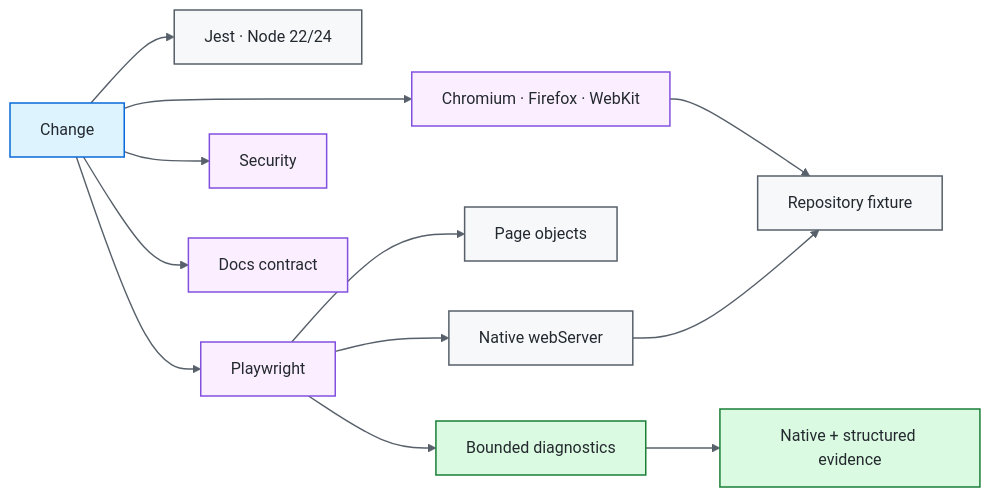
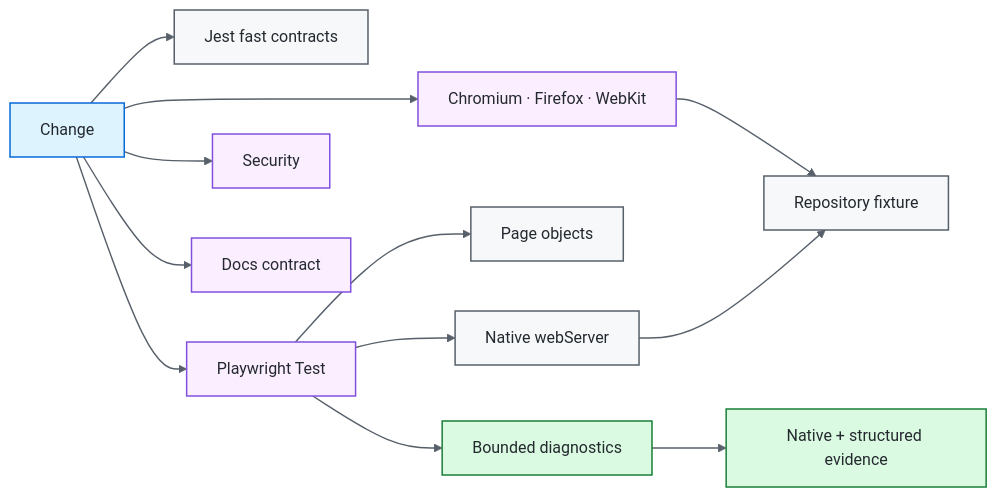
Before and after one commit to portyu9/qa-automation-node-playwright: the diagram in README.md, drawn with Mermaid. The commit also changed other lines of this file, not shown here.

Commit message:
Polish Playwright framework README

````diff
--- a/README.md
+++ b/README.md
@@ -38,24 +41,24 @@
 ```mermaid
 flowchart LR
-    CHANGE[Change] --> FAST[Jest · Node 22/24]
-    CHANGE --> PW[Playwright]
+    CHANGE[Change] --> JEST[Jest fast contracts]
+    CHANGE --> PW[Playwright Test]
     PW --> WEB[Native webServer]
     WEB --> FIX[Repository fixture]
     PW --> PAGE[Page objects]
     PW --> DIAG[Bounded diagnostics]
     CHANGE --> EXT[Chromium · Firefox · WebKit]
     EXT --> FIX
     CHANGE --> SEC[Security]
     CHANGE --> DOCS[Docs contract]
     DIAG --> EV[Native + structured evidence]
 
     classDef entry fill:#ddf4ff,stroke:#0969da,color:#24292f,stroke-width:1.5px;
     classDef core fill:#f6f8fa,stroke:#57606a,color:#24292f,stroke-width:1.5px;
     classDef gate fill:#fbefff,stroke:#8250df,color:#24292f,stroke-width:1.5px;
     classDef evidence fill:#dafbe1,stroke:#1a7f37,color:#24292f,stroke-width:1.5px;
     class CHANGE entry;
-    class FAST,WEB,FIX,PAGE core;
+    class JEST,WEB,FIX,PAGE core;
     class PW,EXT,SEC,DOCS gate;
     class DIAG,EV evidence;
     linkStyle default stroke:#57606a,stroke-width:1.4px;
 ```
````
